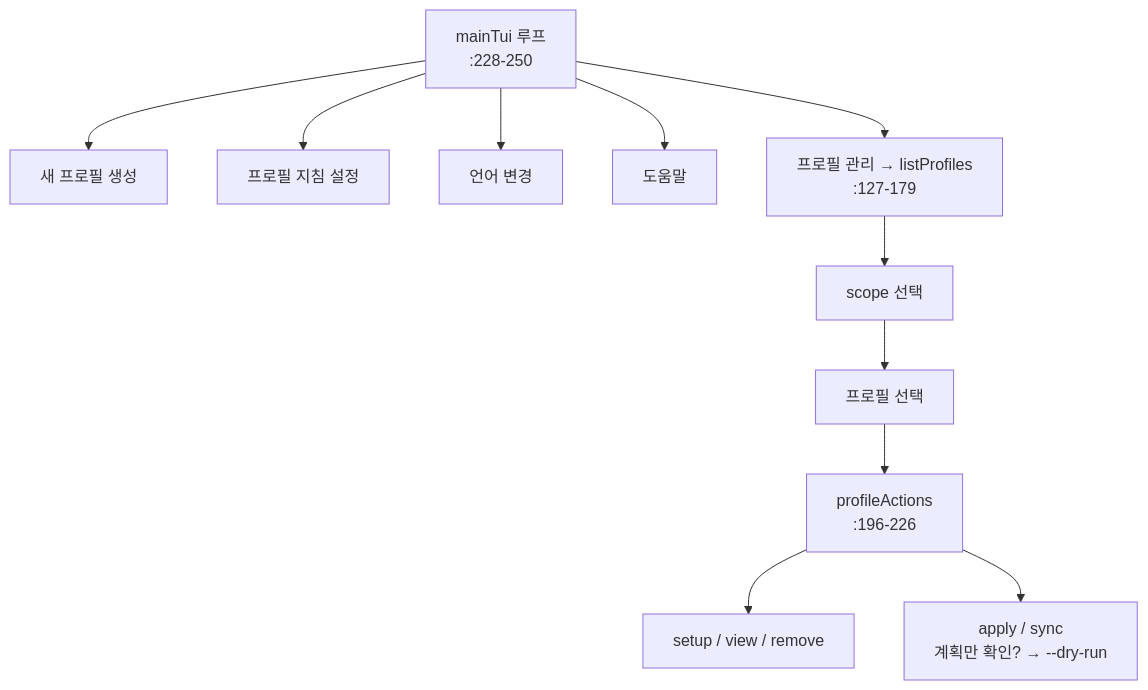
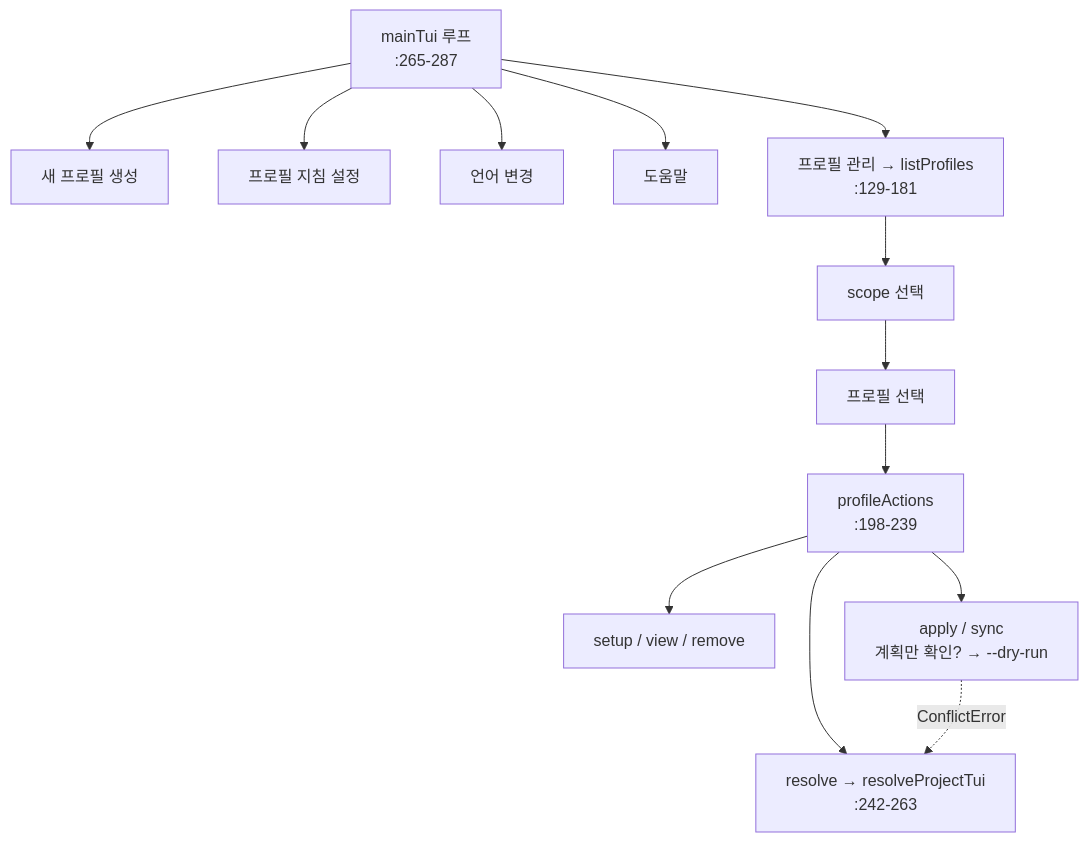
The seventh of 8 diagrams in docs/architecture/implementation-mechanics.md (IsthisLee/agent-context-manager), drawn with Mermaid before and after one commit. The commit also changed other lines of this file and 13 other files, not shown here.

````diff
--- a/docs/architecture/implementation-mechanics.md
+++ b/docs/architecture/implementation-mechanics.md
@@ -319,13 +334,15 @@
 ```mermaid
 flowchart TD
-  M["mainTui 루프<br/>:228-250"] --> C1["새 프로필 생성"]
+  M["mainTui 루프<br/>:265-287"] --> C1["새 프로필 생성"]
   M --> C2["프로필 지침 설정"]
   M --> C3["언어 변경"]
   M --> C4["도움말"]
-  M --> MG["프로필 관리 → listProfiles<br/>:127-179"]
+  M --> MG["프로필 관리 → listProfiles<br/>:129-181"]
   MG --> SC["scope 선택"]
   SC --> SEL["프로필 선택"]
-  SEL --> ACT["profileActions<br/>:196-226"]
+  SEL --> ACT["profileActions<br/>:198-239"]
   ACT --> A1["setup / view / remove"]
   ACT --> A2["apply / sync<br/>계획만 확인? → --dry-run"]
+  ACT --> A3["resolve → resolveProjectTui<br/>:242-263"]
+  A2 -.->|"ConflictError"| A3
 ```
````
